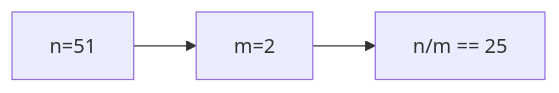
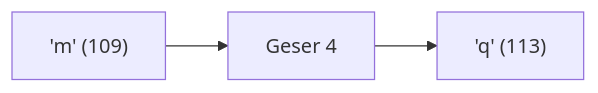
One commit to amnahwaida/OSNK_INF_PREP changed the seventh of 25 diagrams in part-c-pemahaman-cpp/01-tipe-data/latihan/set-09.md. Above: the diagram before and after it, drawn with Mermaid. The commit also changed other lines of this file and 71 other files, not shown here.

````diff
--- a/part-c-pemahaman-cpp/01-tipe-data/latihan/set-09.md
+++ b/part-c-pemahaman-cpp/01-tipe-data/latihan/set-09.md
@@ -186,5 +193,5 @@
 ```mermaid
 graph LR
-A["n=51"] --> B["m=2"]
-B --> C["n/m == 25"]
+A["'m' (109)"] --> B["Geser 4"]
+B --> C["'q' (113)"]
 ```
````
